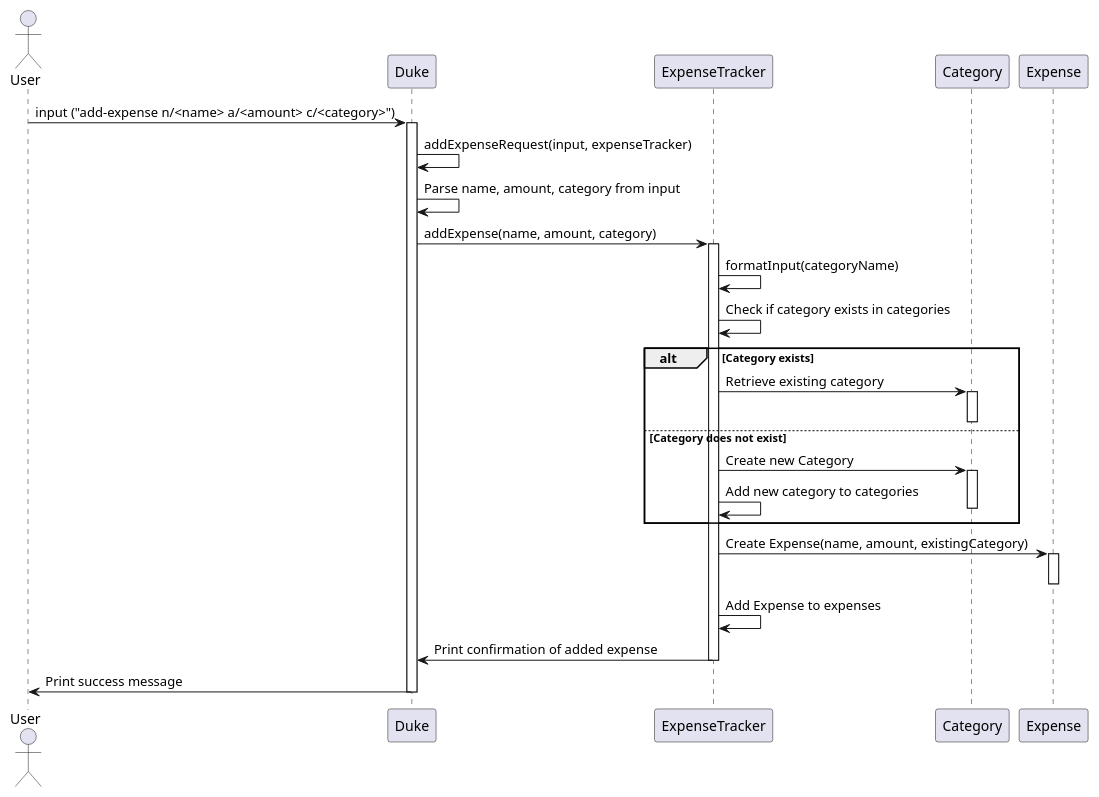
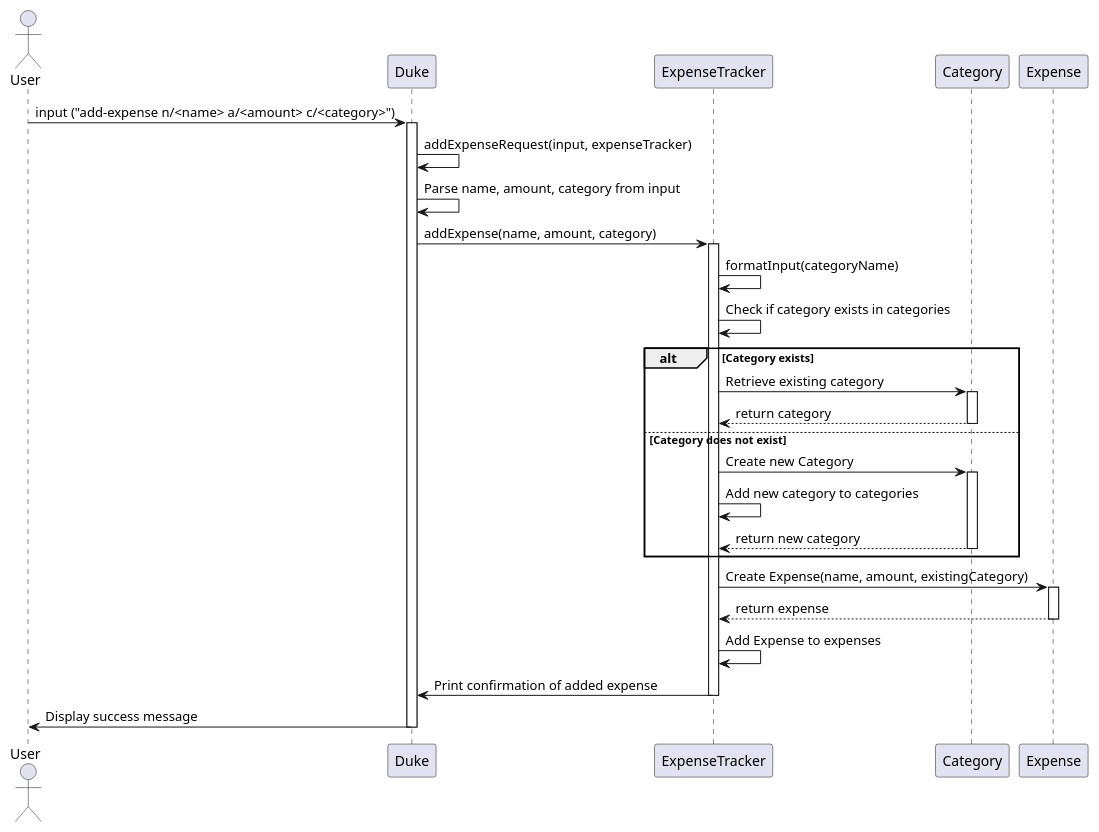
One commit to nus-cs2113-AY2425S1/tp changed the diagram in docs/diagrams/AddExpense.puml. Above: the diagram before and after it, drawn with PlantUML. The commit also changed 1 other file, not shown here.

Commit message:
Refactor add-expense sequence diagram

```diff
--- a/docs/diagrams/AddExpense.puml
+++ b/docs/diagrams/AddExpense.puml
@@ -1,42 +1,45 @@
 @startuml
 actor User
 participant Duke
 participant ExpenseTracker
 participant Category
 participant Expense
 
-User -> Duke: input ("add-expense n/<name> a/<amount> c/<category>")
+User -> Duke : input ("add-expense n/<name> a/<amount> c/<category>")
 activate Duke
 
-Duke -> Duke: addExpenseRequest(input, expenseTracker)
-Duke -> Duke: Parse name, amount, category from input
-Duke -> ExpenseTracker: addExpense(name, amount, category)
+Duke -> Duke : addExpenseRequest(input, expenseTracker)
+Duke -> Duke : Parse name, amount, category from input
+Duke -> ExpenseTracker : addExpense(name, amount, category)
 activate ExpenseTracker
 
-ExpenseTracker -> ExpenseTracker: formatInput(categoryName)
-ExpenseTracker -> ExpenseTracker: Check if category exists in categories
+ExpenseTracker -> ExpenseTracker : formatInput(categoryName)
+ExpenseTracker -> ExpenseTracker : Check if category exists in categories
 
 alt Category exists
-    ExpenseTracker -> Category: Retrieve existing category
+    ExpenseTracker -> Category : Retrieve existing category
     activate Category
+    Category --> ExpenseTracker : return category
     deactivate Category
 else Category does not exist
-    ExpenseTracker -> Category: Create new Category
+    ExpenseTracker -> Category : Create new Category
     activate Category
-    ExpenseTracker -> ExpenseTracker: Add new category to categories
+    ExpenseTracker -> ExpenseTracker : Add new category to categories
+    Category --> ExpenseTracker : return new category
     deactivate Category
 end
 
-ExpenseTracker -> Expense: Create Expense(name, amount, existingCategory)
+ExpenseTracker -> Expense : Create Expense(name, amount, existingCategory)
 activate Expense
+Expense --> ExpenseTracker : return expense
 deactivate Expense
 
-ExpenseTracker -> ExpenseTracker: Add Expense to expenses
+ExpenseTracker -> ExpenseTracker : Add Expense to expenses
 
-ExpenseTracker -> Duke: Print confirmation of added expense
+ExpenseTracker -> Duke : Print confirmation of added expense
 deactivate ExpenseTracker
 
-Duke -> User: Print success message
+Duke -> User : Display success message
 deactivate Duke
 
 @enduml
```
